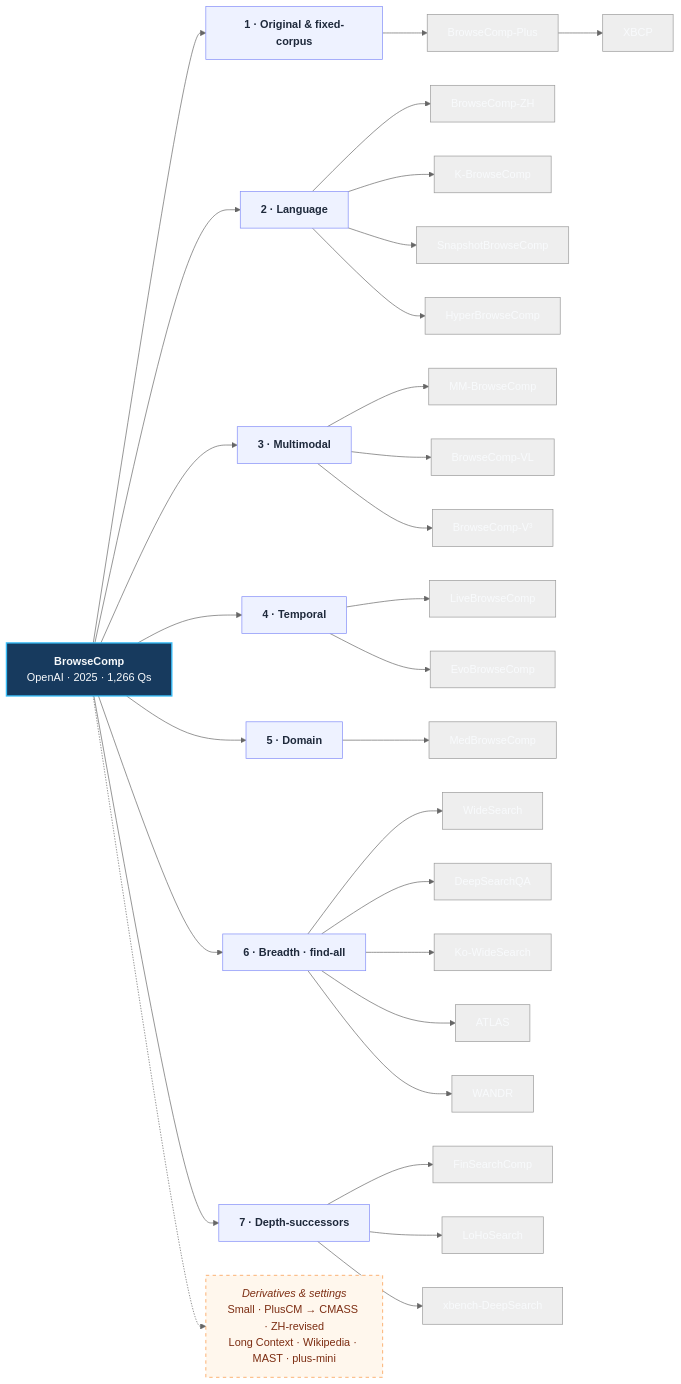
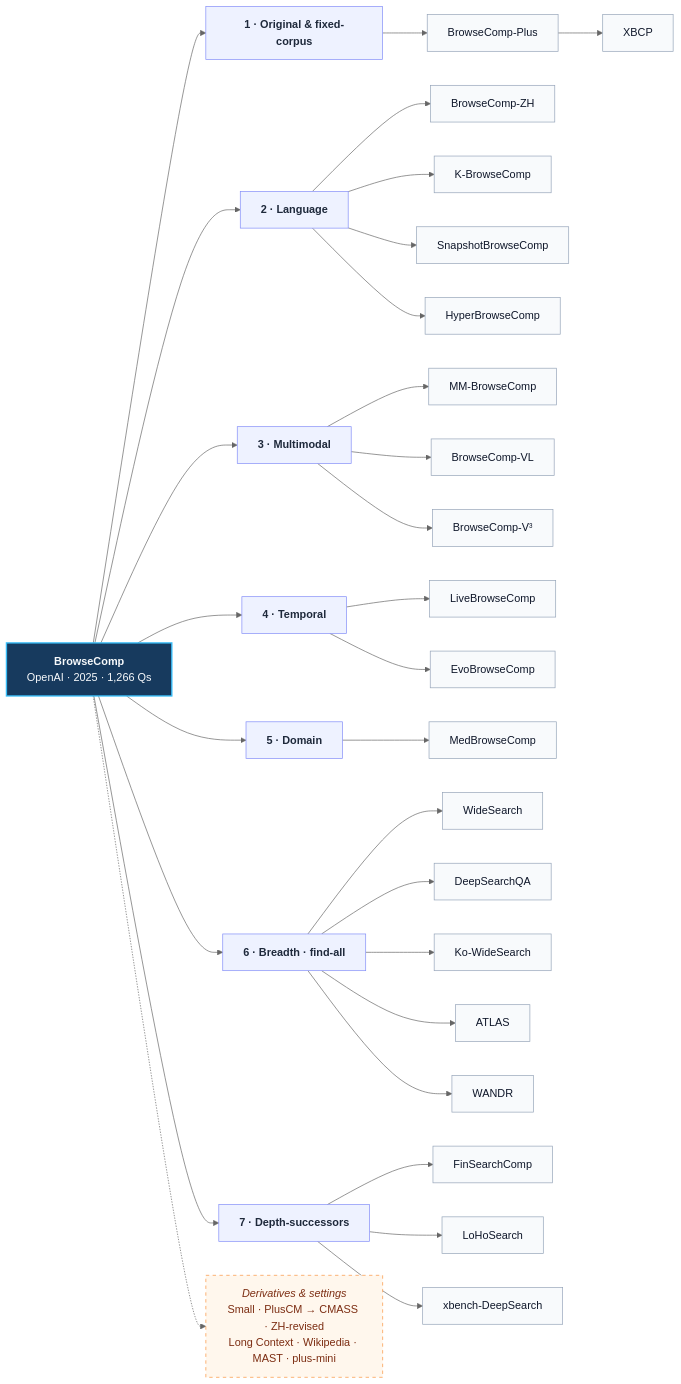
The first of 3 diagrams in README.md (PALIN2018/awesome-BrowseComp), drawn with Mermaid (neutral theme) before and after one commit. The commit also changed other lines of this file and 1 other file, not shown here.

Commit message:
Fix diagram readability: dark text on leaf nodes, short chart labels

````diff
--- a/README.md
+++ b/README.md
@@ -42,41 +42,43 @@
 ```mermaid
 flowchart LR
     ROOT["<b>BrowseComp</b><br/>OpenAI · 2025 · 1,266 Qs"]
 
     ROOT --> L1["<b>1 · Original &amp; fixed-corpus</b>"]
     ROOT --> L2["<b>2 · Language</b>"]
     ROOT --> L3["<b>3 · Multimodal</b>"]
     ROOT --> L4["<b>4 · Temporal</b>"]
     ROOT --> L5["<b>5 · Domain</b>"]
     ROOT --> L6["<b>6 · Breadth · find-all</b>"]
     ROOT --> L7["<b>7 · Depth-successors</b>"]
 
     L1 --> A1["BrowseComp-Plus"] --> A2["XBCP"]
     L2 --> B1["BrowseComp-ZH"]
     L2 --> B2["K-BrowseComp"]
     L2 --> B3["SnapshotBrowseComp"]
     L2 --> B4["HyperBrowseComp"]
     L3 --> C1["MM-BrowseComp"]
     L3 --> C2["BrowseComp-VL"]
     L3 --> C3["BrowseComp-V³"]
     L4 --> D1["LiveBrowseComp"]
     L4 --> D2["EvoBrowseComp"]
     L5 --> E1["MedBrowseComp"]
     L6 --> F1["WideSearch"]
     L6 --> F2["DeepSearchQA"]
     L6 --> F3["Ko-WideSearch"]
     L6 --> F4["ATLAS"]
     L6 --> F5["WANDR"]
     L7 --> G1["FinSearchComp"]
     L7 --> G2["LoHoSearch"]
     L7 --> G3["xbench-DeepSearch"]
 
     ROOT -.-> DER["<i>Derivatives &amp; settings</i><br/>Small · PlusCM → CMASS · ZH-revised<br/>Long Context · Wikipedia · MAST · plus-mini"]
 
     classDef root fill:#173a5e,stroke:#38bdf8,color:#f8fafc,stroke-width:2px;
     classDef line fill:#eef2ff,stroke:#818cf8,color:#1e293b;
     classDef der fill:#fff7ed,stroke:#fb923c,color:#7c2d12,stroke-dasharray:5 5;
+    classDef leaf fill:#f8fafc,stroke:#94a3b8,color:#0f172a;
+    class A1,A2,B1,B2,B3,B4,C1,C2,C3,D1,D2,E1,F1,F2,F3,F4,F5,G1,G2,G3 leaf;
     class ROOT root;
     class L1,L2,L3,L4,L5,L6,L7 line;
     class DER der;
 ```
````
